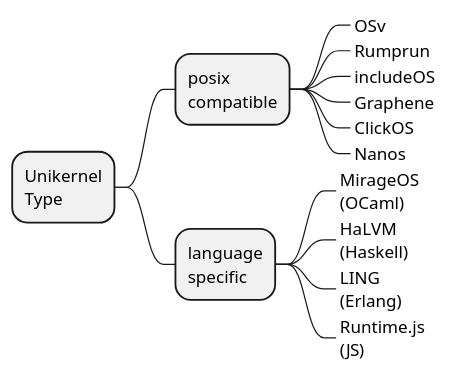
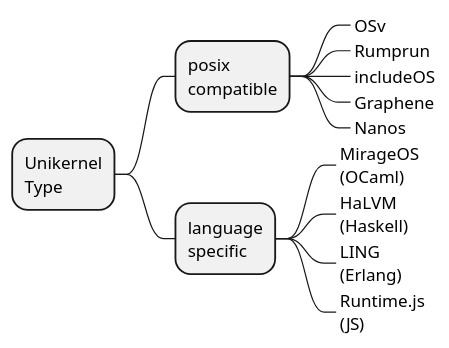
The diagram in unikernel-mindmap.puml (doyu/elc2019), drawn with PlantUML before and after one commit. The commit also changed 1 other file, not shown here.

```diff
--- a/unikernel-mindmap.puml
+++ b/unikernel-mindmap.puml
@@ -2,16 +2,15 @@
 @startmindmap
 * Unikernel\nType
 ** posix\ncompatible
 ***_ OSv
 ***_ Rumprun
 ***_ includeOS
 ***_ Graphene
-***_ ClickOS
 ***_ Nanos
 ** language\nspecific
 ***_ MirageOS\n(OCaml)
 ***_ HaLVM\n(Haskell)
 ***_ LING\n(Erlang)
 ***_ Runtime.js\n(JS)
 
 @endmindmap
```
